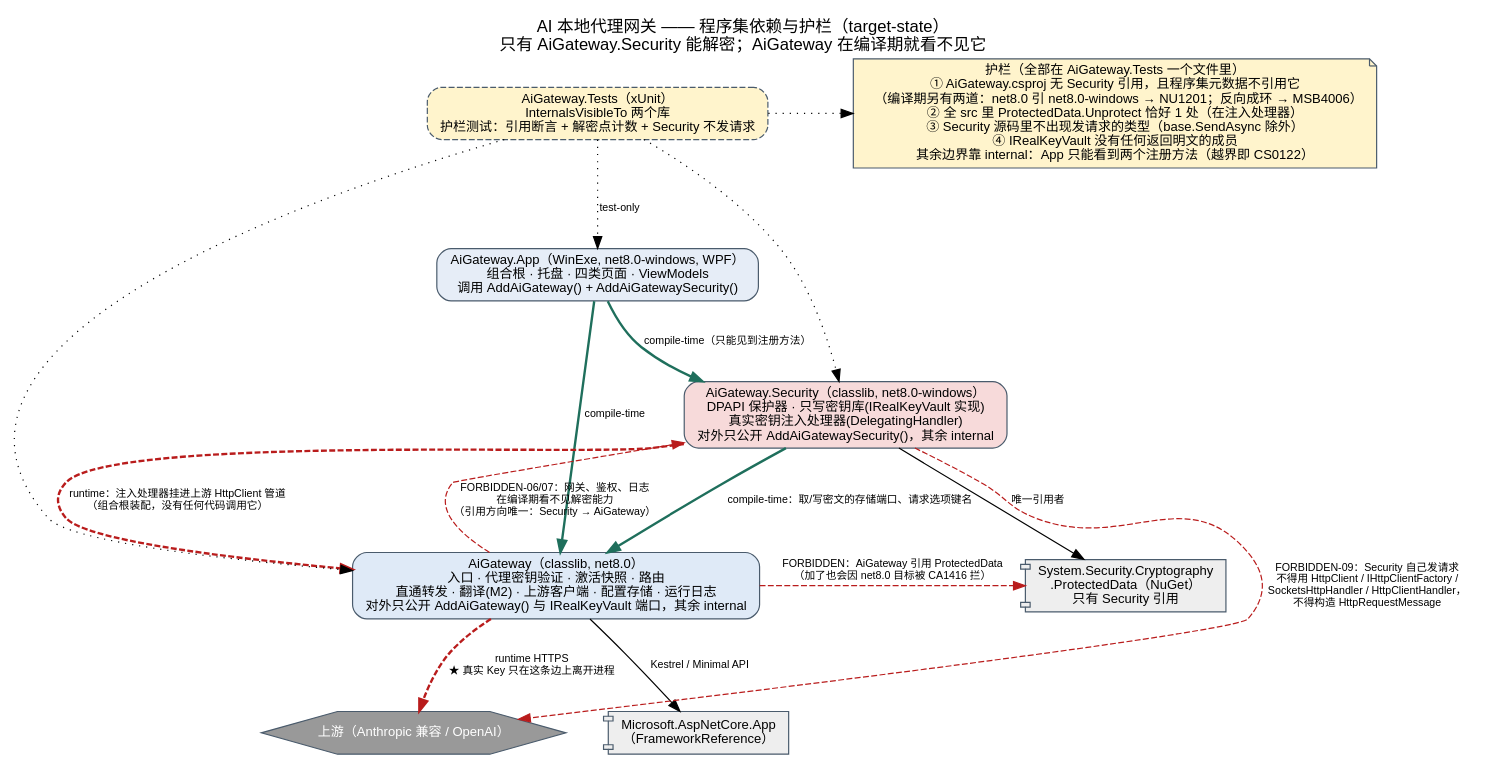
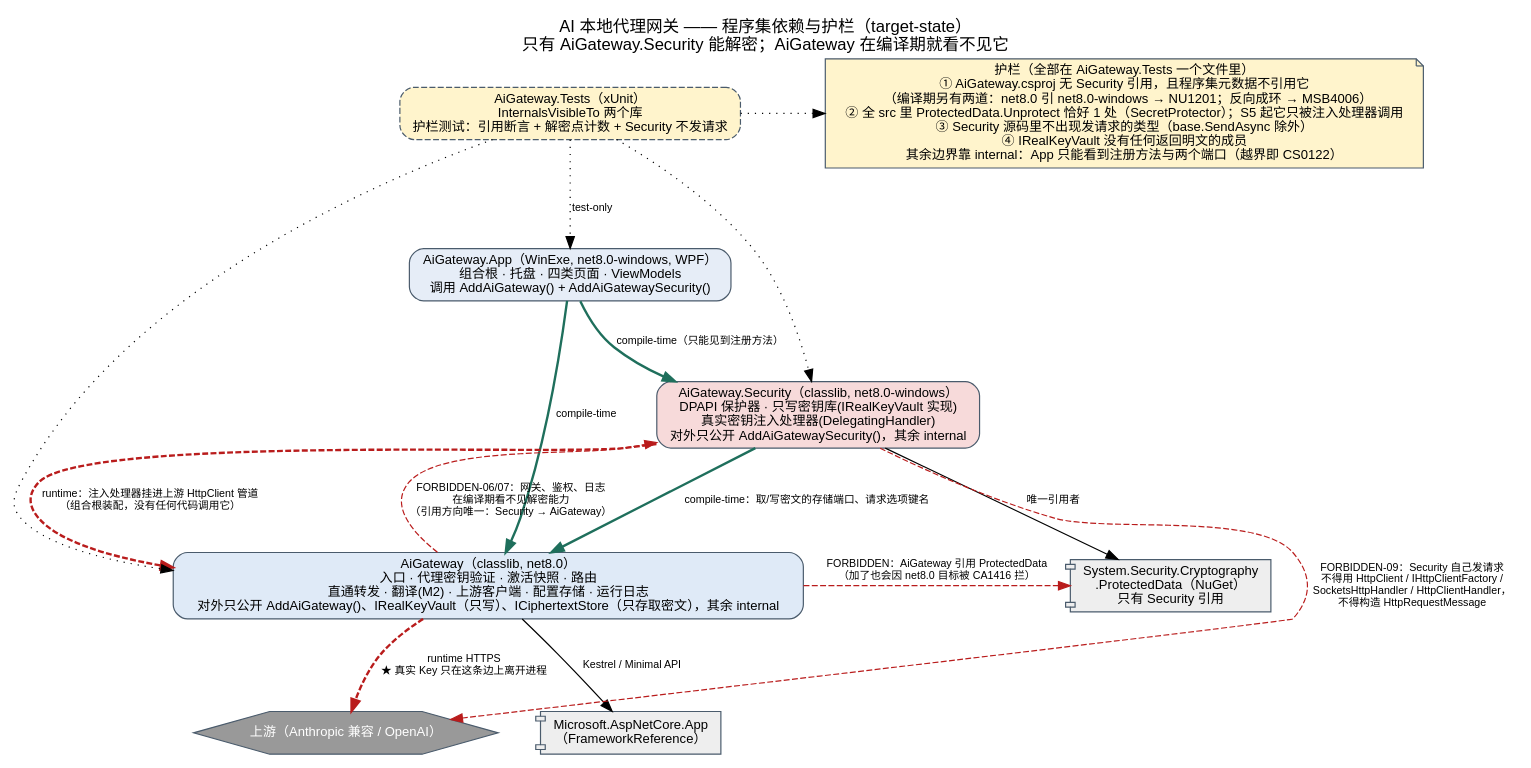
The diagram in docs/architecture/ai-gateway.dependencies.dot (sonder123i/keyhaven), drawn with Graphviz before and after one commit. The commit also changed 19 other files, not shown here.

```diff
--- a/docs/architecture/ai-gateway.dependencies.dot
+++ b/docs/architecture/ai-gateway.dependencies.dot
@@ -1,49 +1,49 @@
 // ai-gateway.dependencies.dot
 // 程序集依赖与护栏（2026-10-15 按 review 决策重写：10 个程序集收成 3 个产品程序集 + 1 个测试项目）。
 // 读法：实线 = 编译期引用；虚线 = 运行时装配；红色虚线 = 禁止边（禁令，不是现状），constraint=false 不参与分层。
 // 设计意图：只给"密钥"这一条脊柱留编译期边界；其余边界靠 internal 可见性 + 一个小测试文件。
 digraph AiGatewayDeps {
     rankdir=TB;
     nodesep=0.5;
     ranksep=0.8;
     fontname="Sans-Serif";
     labelloc=t;
     label="AI 本地代理网关 —— 程序集依赖与护栏（target-state）\n只有 AiGateway.Security 能解密；AiGateway 在编译期就看不见它";
 
     node [fontname="Sans-Serif", fontsize=11, shape=box, style="rounded,filled", fillcolor="#f5f7fa", color="#4a5b6c"];
     edge [fontname="Sans-Serif", fontsize=9];
 
     App [label="AiGateway.App（WinExe, net8.0-windows, WPF）\n组合根 · 托盘 · 四类页面 · ViewModels\n调用 AddAiGateway() + AddAiGatewaySecurity()", fillcolor="#e6edf7"];
 
-    Lib [label="AiGateway（classlib, net8.0）\n入口 · 代理密钥验证 · 激活快照 · 路由\n直通转发 · 翻译(M2) · 上游客户端 · 配置存储 · 运行日志\n对外只公开 AddAiGateway() 与 IRealKeyVault 端口，其余 internal", fillcolor="#dfeaf7"];
+    Lib [label="AiGateway（classlib, net8.0）\n入口 · 代理密钥验证 · 激活快照 · 路由\n直通转发 · 翻译(M2) · 上游客户端 · 配置存储 · 运行日志\n对外只公开 AddAiGateway()、IRealKeyVault（只写）、ICiphertextStore（只存取密文），其余 internal", fillcolor="#dfeaf7"];
 
     Sec [label="AiGateway.Security（classlib, net8.0-windows）\nDPAPI 保护器 · 只写密钥库(IRealKeyVault 实现)\n真实密钥注入处理器(DelegatingHandler)\n对外只公开 AddAiGatewaySecurity()，其余 internal", fillcolor="#f7dada"];
 
     Tests [label="AiGateway.Tests（xUnit）\nInternalsVisibleTo 两个库\n护栏测试：引用断言 + 解密点计数 + Security 不发请求", style="rounded,filled,dashed", fillcolor="#fff4cc"];
 
     Pkg [label="System.Security.Cryptography\n.ProtectedData（NuGet）\n只有 Security 引用", shape=component, fillcolor="#eeeeee"];
     AspNet [label="Microsoft.AspNetCore.App\n（FrameworkReference）", shape=component, fillcolor="#eeeeee"];
     Upstream [label="上游（Anthropic 兼容 / OpenAI）", shape=hexagon, style=filled, fillcolor="#999999", fontcolor="#ffffff"];
 
     // ---------- 编译期引用（现状目标） ----------
     App -> Lib [label="compile-time", color="#1f6f5c", penwidth=2];
     App -> Sec [label="compile-time（只能见到注册方法）", color="#1f6f5c", penwidth=2];
     Sec -> Lib [label="compile-time：取/写密文的存储端口、请求选项键名", color="#1f6f5c", penwidth=2];
     Sec -> Pkg [label="唯一引用者"];
     Lib -> AspNet [label="Kestrel / Minimal API"];
     Tests -> App [style=dotted, label="test-only"];
     Tests -> Lib [style=dotted];
     Tests -> Sec [style=dotted];
 
     // ---------- 运行时装配 ----------
     Sec -> Lib [label="runtime：注入处理器挂进上游 HttpClient 管道\n（组合根装配，没有任何代码调用它）", style=dashed, color="#b91c1c", penwidth=2, constraint=false];
     Lib -> Upstream [label="runtime HTTPS\n★ 真实 Key 只在这条边上离开进程", style=dashed, color="#b91c1c", penwidth=2];
 
     // ---------- 禁止边（禁令，由编译器或护栏测试拦截） ----------
     Lib -> Sec [label="FORBIDDEN-06/07：网关、鉴权、日志\n在编译期看不见解密能力\n（引用方向唯一：Security → AiGateway）", color="#b91c1c", style=dashed, constraint=false];
     Lib -> Pkg [label="FORBIDDEN：AiGateway 引用 ProtectedData\n（加了也会因 net8.0 目标被 CA1416 拦）", color="#b91c1c", style=dashed, constraint=false];
     Sec -> Upstream [label="FORBIDDEN-09：Security 自己发请求\n不得用 HttpClient / IHttpClientFactory /\nSocketsHttpHandler / HttpClientHandler，\n不得构造 HttpRequestMessage", color="#b91c1c", style=dashed, constraint=false];
 
-    guard [label="护栏（全部在 AiGateway.Tests 一个文件里）\n① AiGateway.csproj 无 Security 引用，且程序集元数据不引用它\n   （编译期另有两道：net8.0 引 net8.0-windows → NU1201；反向成环 → MSB4006）\n② 全 src 里 ProtectedData.Unprotect 恰好 1 处（在注入处理器）\n③ Security 源码里不出现发请求的类型（base.SendAsync 除外）\n④ IRealKeyVault 没有任何返回明文的成员\n其余边界靠 internal：App 只能看到两个注册方法（越界即 CS0122）", shape=note, style="rounded,filled", fillcolor="#fff4cc"];
+    guard [label="护栏（全部在 AiGateway.Tests 一个文件里）\n① AiGateway.csproj 无 Security 引用，且程序集元数据不引用它\n   （编译期另有两道：net8.0 引 net8.0-windows → NU1201；反向成环 → MSB4006）\n② 全 src 里 ProtectedData.Unprotect 恰好 1 处（SecretProtector）；S5 起它只被注入处理器调用\n③ Security 源码里不出现发请求的类型（base.SendAsync 除外）\n④ IRealKeyVault 没有任何返回明文的成员\n其余边界靠 internal：App 只能看到注册方法与两个端口（越界即 CS0122）", shape=note, style="rounded,filled", fillcolor="#fff4cc"];
     Tests -> guard [style=dotted, constraint=false];
 }
```
